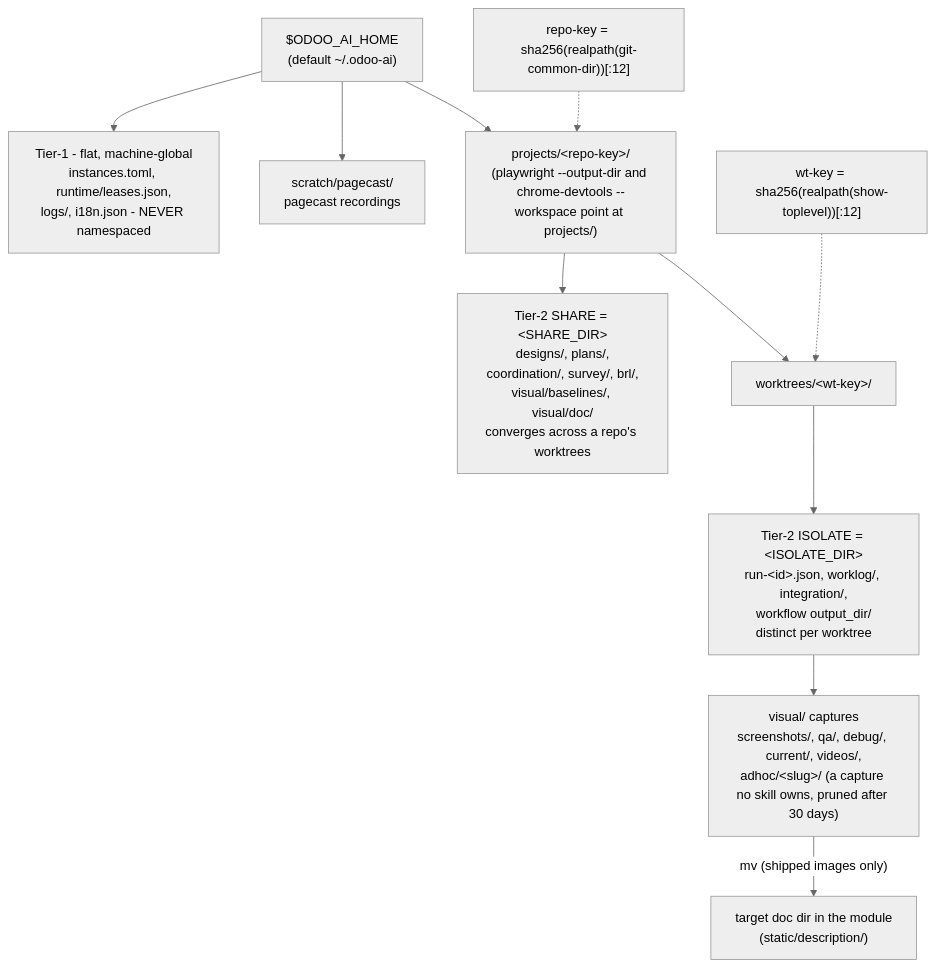
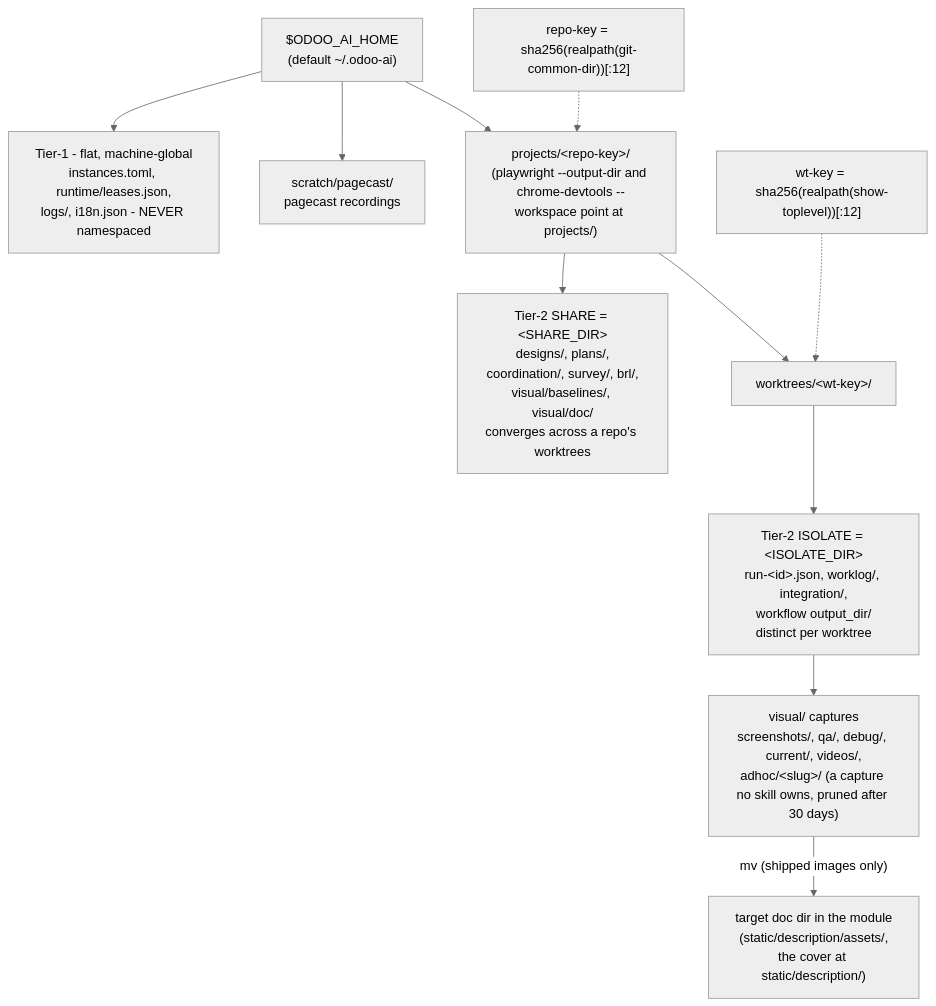
The ninth of 9 diagrams in plugins/odoo-ai-agents/README.md (Viindoo/odoo-mcp-client), drawn with Mermaid (neutral theme) before and after one commit. The commit also changed other lines of this file and 11 other files, not shown here.

First line of the commit message:
fix(odoo-ai-agents): keep module screenshots in static/description/assets

````diff
--- a/plugins/odoo-ai-agents/README.md
+++ b/plugins/odoo-ai-agents/README.md
@@ -923,15 +923,15 @@
 ```mermaid
 flowchart TD
     HOME["$ODOO_AI_HOME<br/>(default ~/.odoo-ai)"]
     HOME --> T1["Tier-1 - flat, machine-global<br/>instances.toml, runtime/leases.json,<br/>logs/, i18n.json - NEVER namespaced"]
     HOME --> SCR["scratch/pagecast/<br/>pagecast recordings"]
     HOME --> PROJ["projects/&lt;repo-key&gt;/<br/>(playwright --output-dir and chrome-devtools --workspace point at projects/)"]
     PROJ --> SHARE["Tier-2 SHARE = &lt;SHARE_DIR&gt;<br/>designs/, plans/,<br/>coordination/, survey/, brl/,<br/>visual/baselines/, visual/doc/<br/>converges across a repo's worktrees"]
     PROJ --> WT["worktrees/&lt;wt-key&gt;/"]
     WT --> ISO["Tier-2 ISOLATE = &lt;ISOLATE_DIR&gt;<br/>run-&lt;id&gt;.json, worklog/, integration/,<br/>workflow output_dir/<br/>distinct per worktree"]
     ISO --> VIS["visual/ captures<br/>screenshots/, qa/, debug/, current/, videos/,<br/>adhoc/&lt;slug&gt;/ (a capture no skill owns, pruned after 30 days)"]
-    VIS -- "mv (shipped images only)" --> DOC["target doc dir in the module<br/>(static/description/)"]
+    VIS -- "mv (shipped images only)" --> DOC["target doc dir in the module<br/>(static/description/assets/,<br/>the cover at static/description/)"]
 
     REPOKEY["repo-key = sha256(realpath(git-common-dir))[:12]"] -.-> PROJ
     WTKEY["wt-key = sha256(realpath(show-toplevel))[:12]"] -.-> WT
 ```
````
